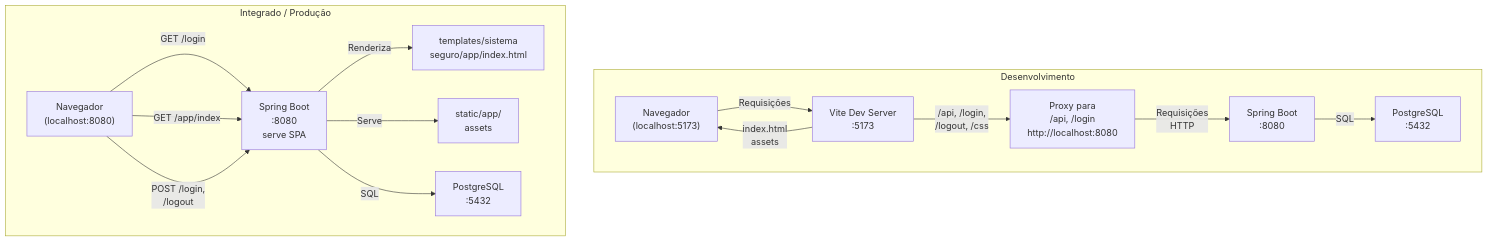
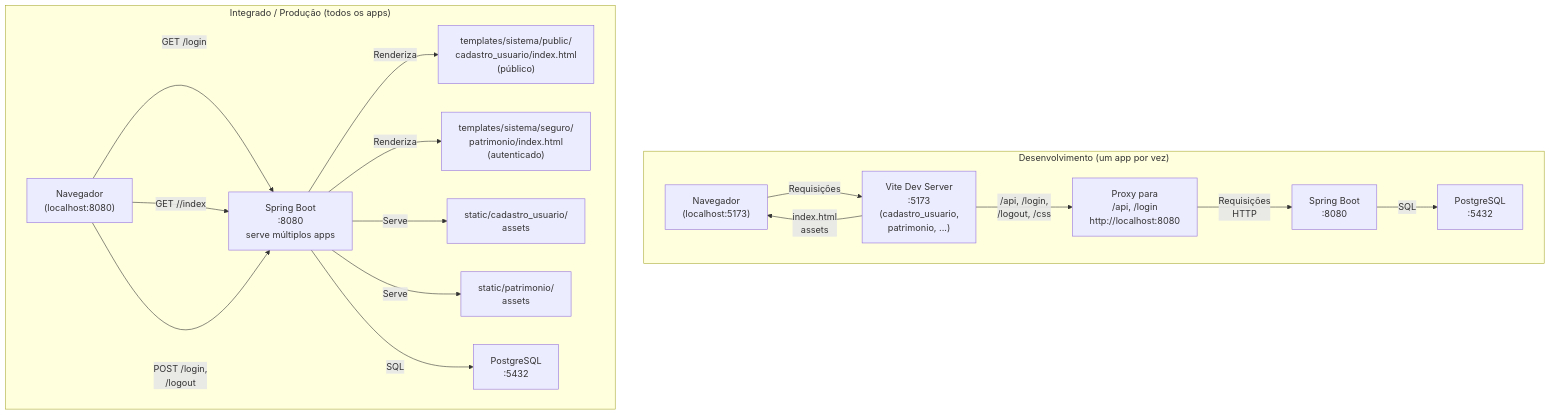
One commit to adielsantosaraujo/login_base changed the diagram in docs/desenvolvimento/explicacoes/arquitetura.md. Above: the diagram before and after it, drawn with Mermaid. The commit also changed other lines of this file and 78 other files, not shown here.

````diff
--- a/docs/desenvolvimento/explicacoes/arquitetura.md
+++ b/docs/desenvolvimento/explicacoes/arquitetura.md
@@ -33,31 +36,35 @@
 ```mermaid
 flowchart TD
-    subgraph Dev ["Desenvolvimento"]
+    subgraph Dev ["Desenvolvimento (um app por vez)"]
         Browser1["Navegador<br/>(localhost:5173)"]
-        Vite["Vite Dev Server<br/>:5173"]
+        Vite["Vite Dev Server<br/>:5173<br/>(cadastro_usuario,<br/>patrimonio, ...)"]
         ViteProxy["Proxy para<br/>/api, /login<br/>http://localhost:8080"]
         Backend1["Spring Boot<br/>:8080"]
         DB1["PostgreSQL<br/>:5432"]
         
         Browser1 -->|Requisições| Vite
         Vite -->|index.html<br/>assets| Browser1
         Vite -->|/api, /login,<br/>/logout, /css| ViteProxy
         ViteProxy -->|Requisições<br/>HTTP| Backend1
         Backend1 -->|SQL| DB1
     end
     
-    subgraph Prod ["Integrado / Produção"]
+    subgraph Prod ["Integrado / Produção (todos os apps)"]
         Browser2["Navegador<br/>(localhost:8080)"]
-        Backend2["Spring Boot<br/>:8080<br/>serve SPA"]
-        Template["templates/sistema<br/>seguro/app/index.html"]
-        Static["static/app/<br/>assets"]
+        Backend2["Spring Boot<br/>:8080<br/>serve múltiplos apps"]
+        Public["templates/sistema/public/<br/>cadastro_usuario/index.html<br/>(público)"]
+        Seguro["templates/sistema/seguro/<br/>patrimonio/index.html<br/>(autenticado)"]
+        StaticPub["static/cadastro_usuario/<br/>assets"]
+        StaticSeg["static/patrimonio/<br/>assets"]
         DB2["PostgreSQL<br/>:5432"]
         
         Browser2 -->|GET /login| Backend2
-        Browser2 -->|GET /app/index| Backend2
-        Backend2 -->|Renderiza| Template
-        Backend2 -->|Serve| Static
+        Browser2 -->|GET /<nome>/index| Backend2
+        Backend2 -->|Renderiza| Public
+        Backend2 -->|Renderiza| Seguro
+        Backend2 -->|Serve| StaticPub
+        Backend2 -->|Serve| StaticSeg
         Backend2 -->|SQL| DB2
         Browser2 -->|POST /login,<br/>/logout| Backend2
     end
 ```
````
